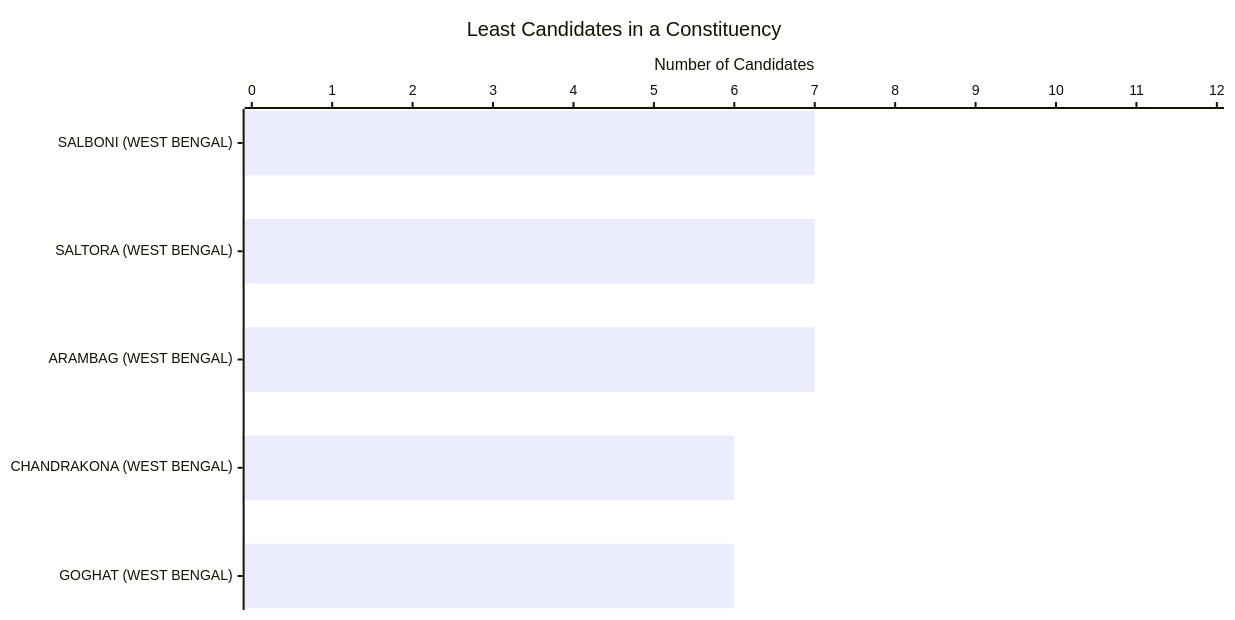
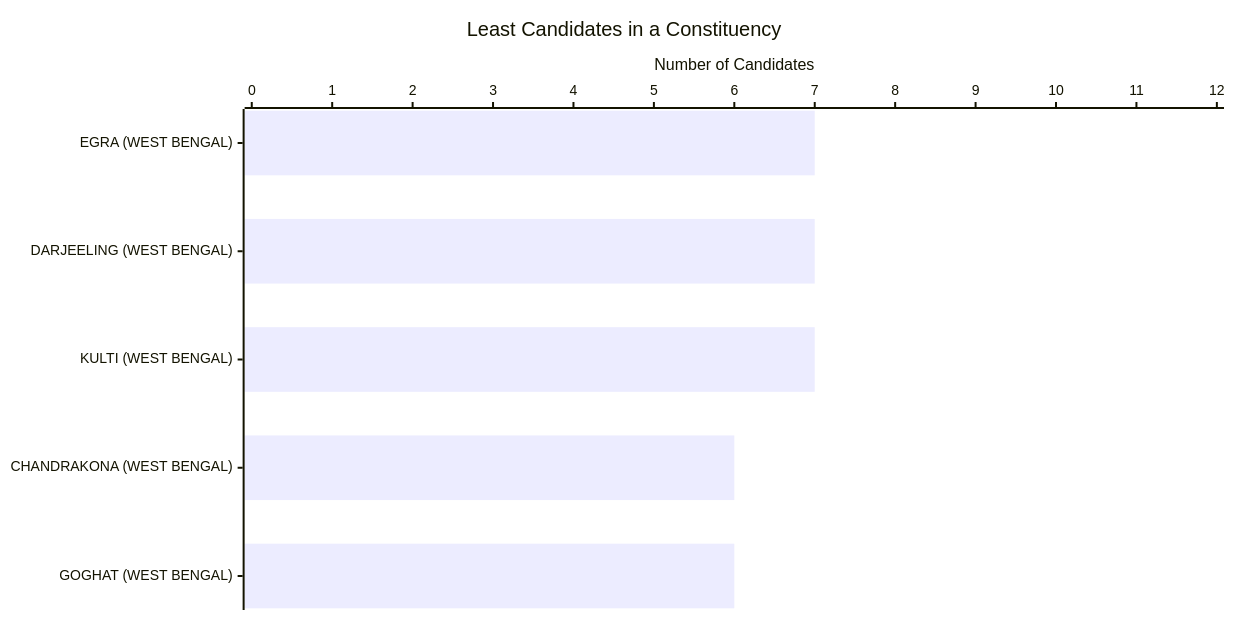
One commit to arjunswaj/elections changed the tenth of 23 diagrams in result/WEST BENGAL/West Bengal-GRAPH.md. Above: the diagram before and after it, drawn with Mermaid. The commit also changed other lines of this file and 64 other files, not shown here.

````diff
--- a/result/WEST BENGAL/West Bengal-GRAPH.md
+++ b/result/WEST BENGAL/West Bengal-GRAPH.md
@@ -237,17 +238,17 @@
 ```mermaid
 ---
 config:
   xyChart:
     width: 1200
     height: 600
     chartOrientation: horizontal
   dataLabels:
     enabled: true
     placement: end
 ---
 xychart-beta
 title "Least Candidates in a Constituency"
-x-axis ["SALBONI (WEST BENGAL)", "SALTORA (WEST BENGAL)", "ARAMBAG (WEST BENGAL)", "CHANDRAKONA (WEST BENGAL)", "GOGHAT (WEST BENGAL)"]
+x-axis ["EGRA (WEST BENGAL)", "DARJEELING (WEST BENGAL)", "KULTI (WEST BENGAL)", "CHANDRAKONA (WEST BENGAL)", "GOGHAT (WEST BENGAL)"]
 y-axis "Number of Candidates" 0 --> 12
 bar [7, 7, 7, 6, 6]
 ```
````
